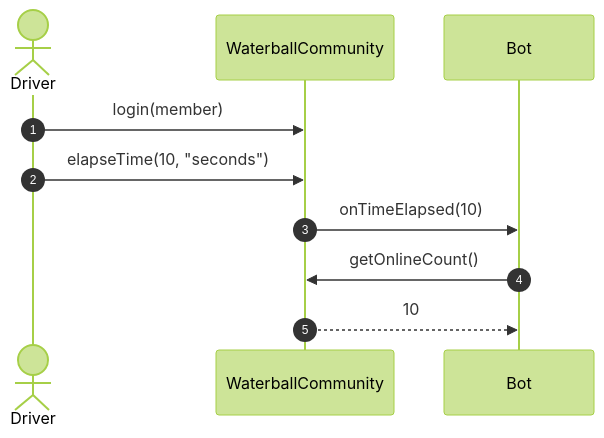
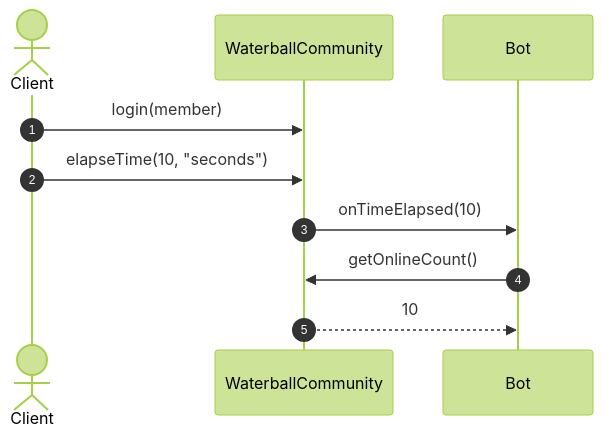
The first of 7 diagrams in homework8_Waterball/OOA-方法呼叫關係分析.md (tanguitar8093/Software-Design-Pattern-HW), drawn with Mermaid (forest theme) before and after one commit. The commit also changed other lines of this file and 2 other files, not shown here.

````diff
--- a/homework8_Waterball/OOA-方法呼叫關係分析.md
+++ b/homework8_Waterball/OOA-方法呼叫關係分析.md
@@ -290,13 +291,13 @@
 ```mermaid
 sequenceDiagram
     autonumber
-    actor Driver
+    actor Client
     participant Community as WaterballCommunity
     participant Bot as Bot
 
-    Driver->>Community: login(member)
-    Driver->>Community: elapseTime(10, "seconds")
+    Client->>Community: login(member)
+    Client->>Community: elapseTime(10, "seconds")
     Community->>Bot: onTimeElapsed(10)
     Bot->>Community: getOnlineCount()
     Community-->>Bot: 10
 ```
````
